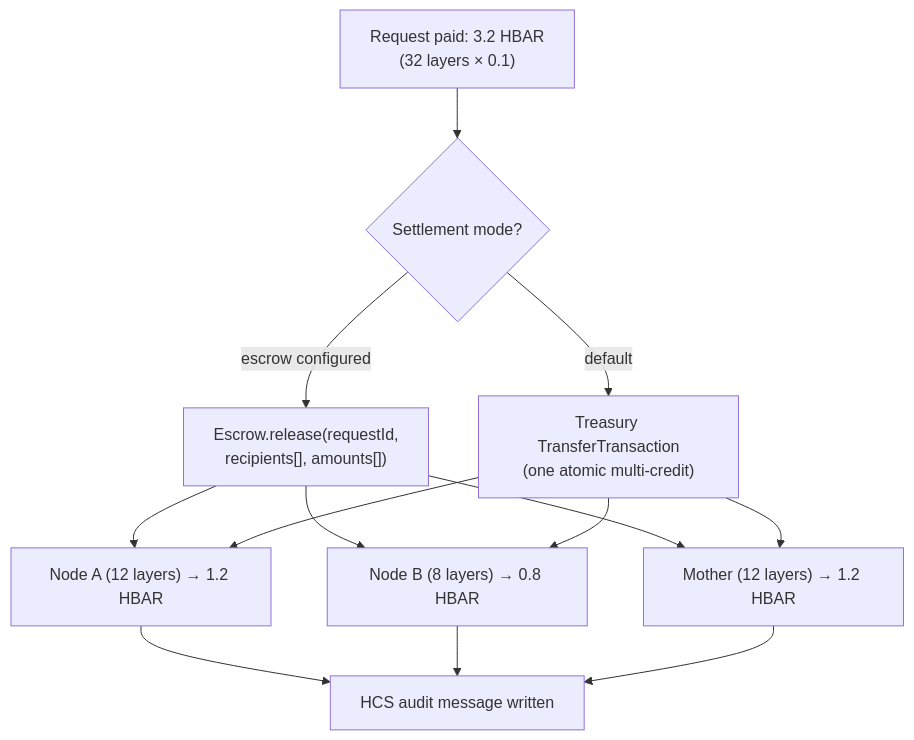
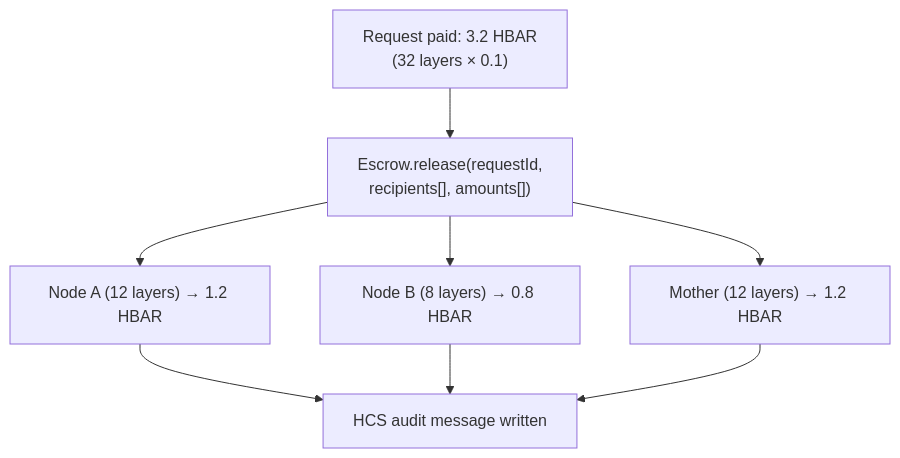
The eighth of 12 diagrams in README.md (Marshal-AM/blitzwing), drawn with Mermaid before and after one commit. The commit also changed other lines of this file, not shown here.

````diff
--- a/README.md
+++ b/README.md
@@ -766,13 +788,8 @@
 ```mermaid
 graph TB
-    P["Request paid: 3.2 HBAR<br/>(32 layers × 0.1)"] --> S{"Settlement mode?"}
-    S -->|escrow configured| E["Escrow.release(requestId,<br/>recipients[], amounts[])"]
-    S -->|default| T["Treasury TransferTransaction<br/>(one atomic multi-credit)"]
+    P["Request paid: 3.2 HBAR<br/>(32 layers × 0.1)"] --> E["Escrow.release(requestId,<br/>recipients[], amounts[])"]
     E --> A["Node A (12 layers) → 1.2 HBAR"]
     E --> B["Node B (8 layers) → 0.8 HBAR"]
     E --> M["Mother (12 layers) → 1.2 HBAR"]
-    T --> A
-    T --> B
-    T --> M
     A & B & M --> HCS["HCS audit message written"]
 ```
````
